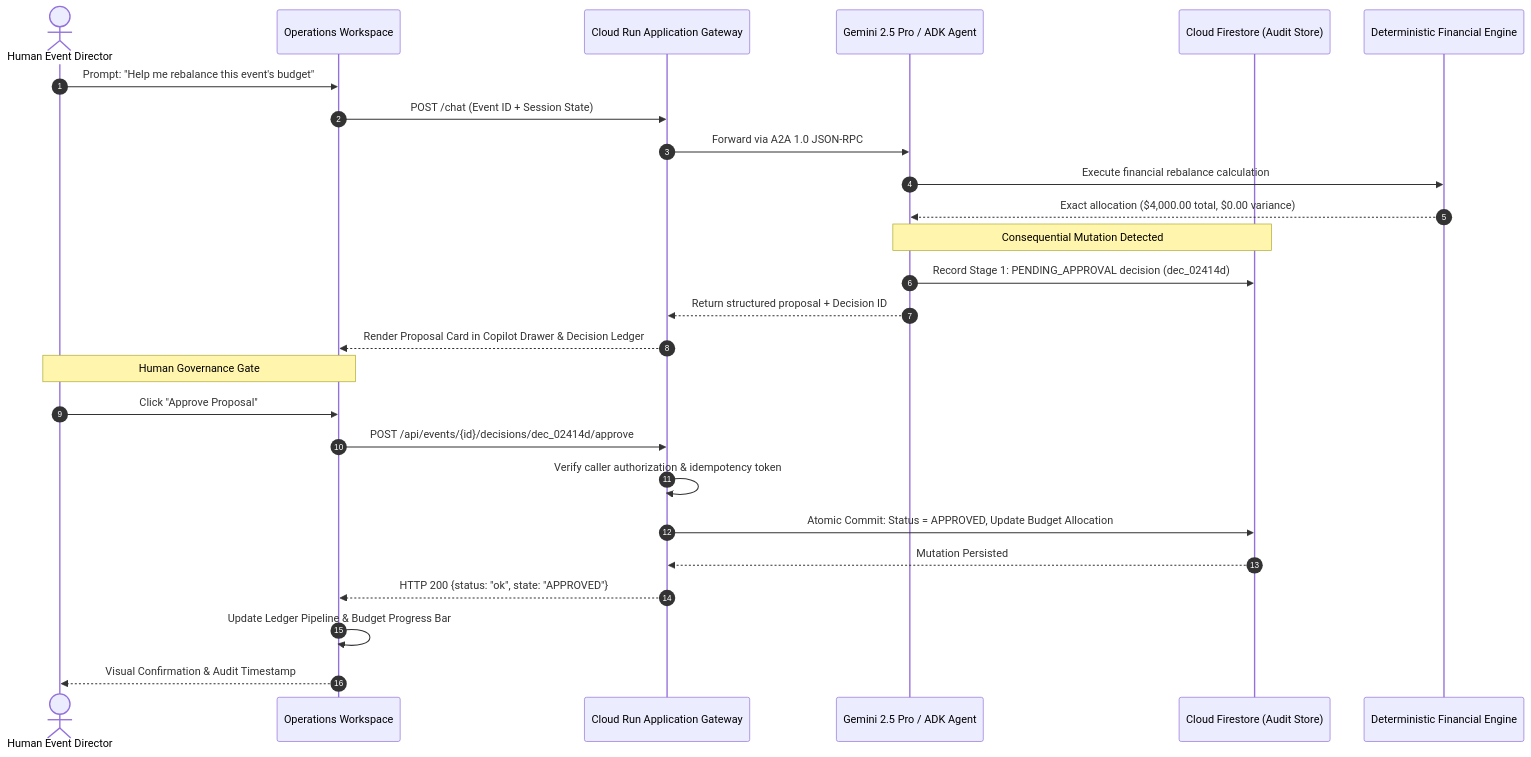
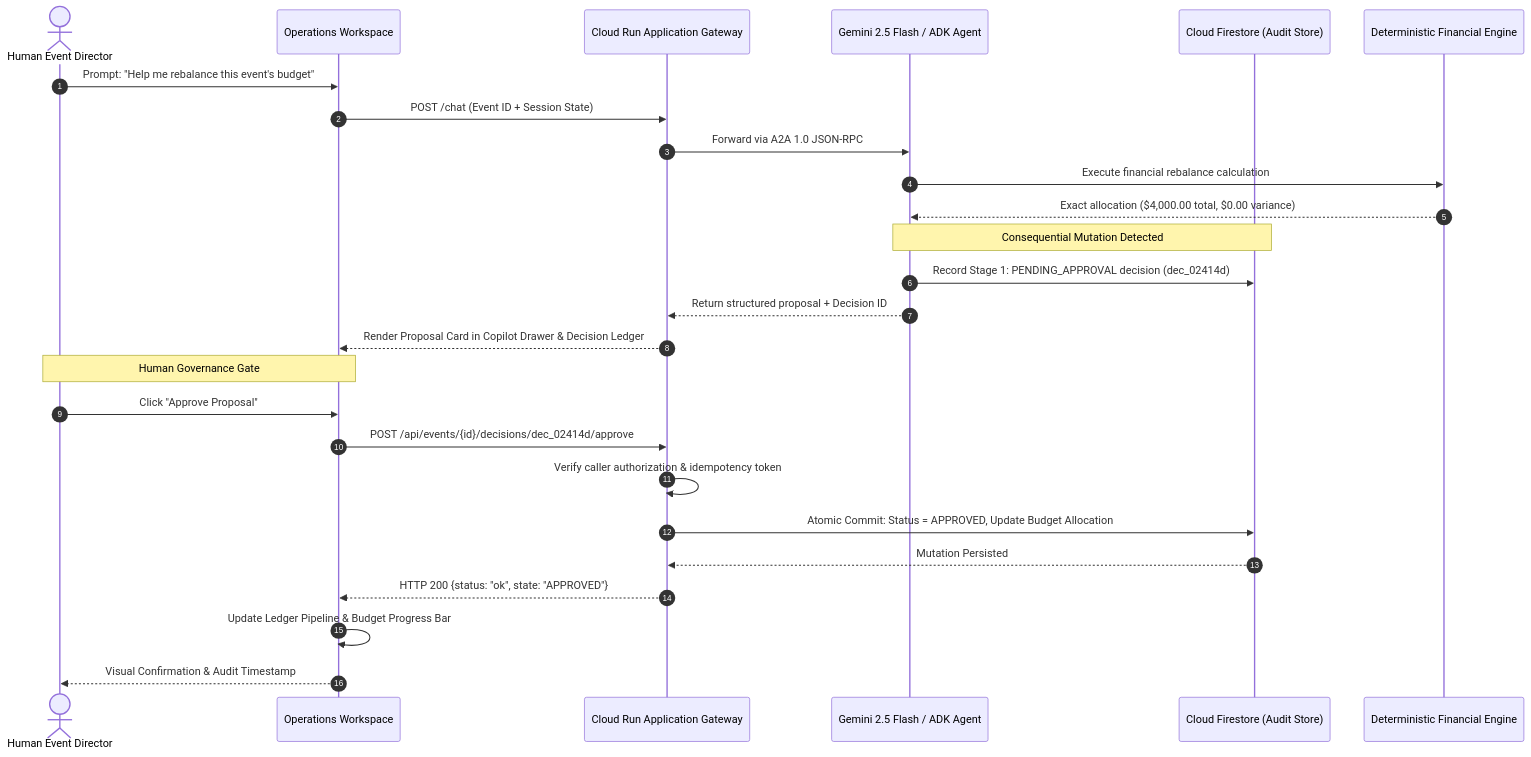
Before and after one commit to fzinnah17/buildwithgemini-eventops-ai: the second of 2 diagrams in README.md, drawn with Mermaid. The commit also changed other lines of this file and 3 other files, not shown here.

````diff
--- a/README.md
+++ b/README.md
@@ -156,33 +155,33 @@
 ```mermaid
 sequenceDiagram
     autonumber
     actor Organizer as Human Event Director
     participant UI as Operations Workspace
     participant Proxy as Cloud Run Application Gateway
-    participant Agent as Gemini 2.5 Pro / ADK Agent
+    participant Agent as Gemini 2.5 Flash / ADK Agent
     participant DB as Cloud Firestore (Audit Store)
     participant Tool as Deterministic Financial Engine
 
     Organizer->>UI: Prompt: "Help me rebalance this event's budget"
     UI->>Proxy: POST /chat (Event ID + Session State)
     Proxy->>Agent: Forward via A2A 1.0 JSON-RPC
     
     Agent->>Tool: Execute financial rebalance calculation
     Tool-->>Agent: Exact allocation ($4,000.00 total, $0.00 variance)
     
     Note over Agent,DB: Consequential Mutation Detected
     Agent->>DB: Record Stage 1: PENDING_APPROVAL decision (dec_02414d)
     Agent-->>Proxy: Return structured proposal + Decision ID
     Proxy-->>UI: Render Proposal Card in Copilot Drawer & Decision Ledger
     
     Note over Organizer,UI: Human Governance Gate
     Organizer->>UI: Click "Approve Proposal"
     UI->>Proxy: POST /api/events/{id}/decisions/dec_02414d/approve
     
     Proxy->>Proxy: Verify caller authorization & idempotency token
     Proxy->>DB: Atomic Commit: Status = APPROVED, Update Budget Allocation
     DB-->>Proxy: Mutation Persisted
     Proxy-->>UI: HTTP 200 {status: "ok", state: "APPROVED"}
     UI->>UI: Update Ledger Pipeline & Budget Progress Bar
     UI-->>Organizer: Visual Confirmation & Audit Timestamp
 ```
````
